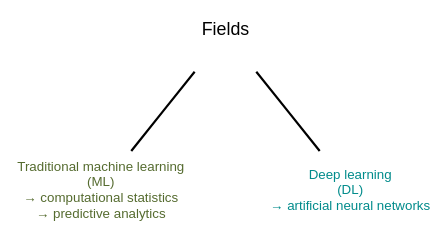
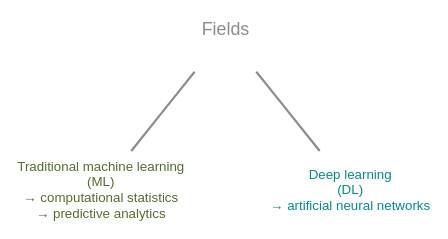
Before and after one commit to WestDRI/arc-training: the first of 24 diagrams in ai/wb_frameworks_content.qmd, drawn with Graphviz. The commit also changed other lines of this file and 3 other files, not shown here.

````diff
--- a/ai/wb_frameworks_content.qmd
+++ b/ai/wb_frameworks_content.qmd
@@ -22,16 +22,17 @@
 ```{dot}
 //| echo: false
 
 strict graph {
 
 bgcolor="transparent"
-node [fontname="Inconsolata, sans-serif", shape=plaintext]
+node [fontname="Inconsolata, sans-serif", shape=plaintext, fontcolor="#8c8c8c"]
+edge [color="#8c8c8c"]
 
 "Traditional machine learning\n(ML)\n→ computational statistics\n→ predictive analytics" [URL="https://en.wikipedia.org/wiki/Computational_statistics", fontsize=6, fontcolor=darkolivegreen]
 "Deep learning\n(DL)\n→ artificial neural networks" [URL="https://en.wikipedia.org/wiki/Deep_learning", fontsize=6, fontcolor=darkcyan]
 Fields[fontsize=8]
 
 Fields -- {"Traditional machine learning\n(ML)\n→ computational statistics\n→ predictive analytics" "Deep learning\n(DL)\n→ artificial neural networks"}
 
 }
 ```
````
